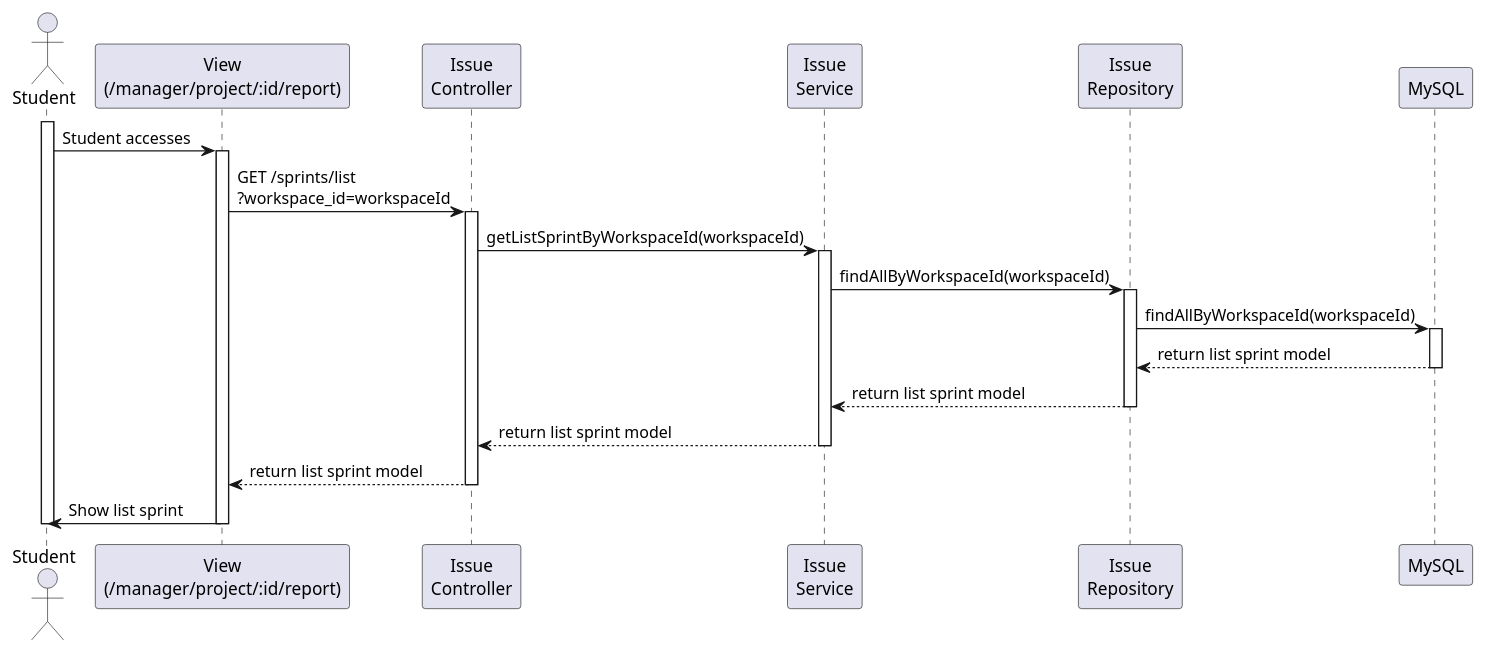
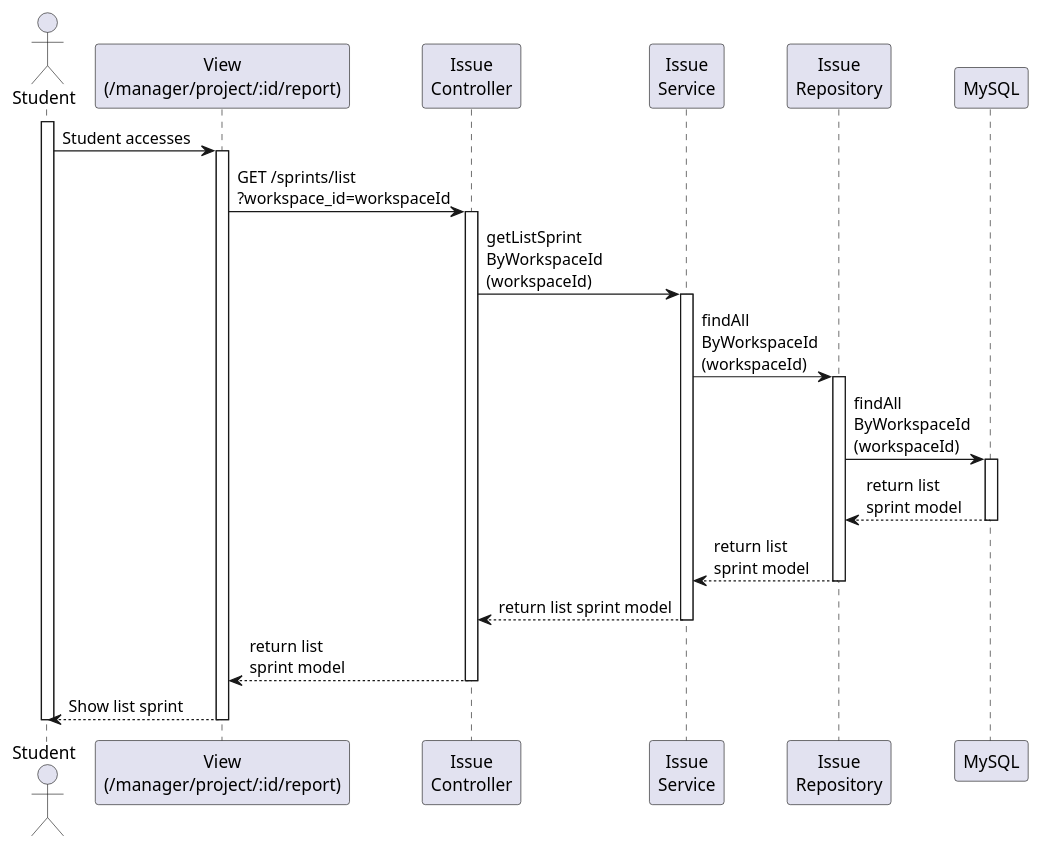
One commit to tandang2003/KLTN-Agile-Scrum-Tuan-Duc changed the diagram in swagger/sequence/student/sprint_get_list.puml. Above: the diagram before and after it, drawn with PlantUML. The commit also changed 29 other files, not shown here.

Commit message:
add sequence

```diff
--- a/swagger/sequence/student/sprint_get_list.puml
+++ b/swagger/sequence/student/sprint_get_list.puml
@@ -1,36 +1,36 @@
 @startuml
 actor "Student" as SV
 participant "View\n(/manager/project/:id/report)" as View
 participant "Issue\nController" as Controller
 participant "Issue\nService" as Service
 participant "Issue\nRepository" as Repo
 participant "MySQL" as MySQL
 
 activate SV
 SV -> View : Student accesses
 activate View
 
 View -> Controller : GET /sprints/list\n?workspace_id=workspaceId
 activate Controller
 
-Controller -> Service : getListSprintByWorkspaceId(workspaceId)
+Controller -> Service : getListSprint\nByWorkspaceId\n(workspaceId)
 activate Service
-Service -> Repo : findAllByWorkspaceId(workspaceId)
+Service -> Repo : findAll\nByWorkspaceId\n(workspaceId)
 activate Repo
-Repo -> MySQL : findAllByWorkspaceId(workspaceId)
+Repo -> MySQL : findAll\nByWorkspaceId\n(workspaceId)
 activate MySQL
-MySQL --> Repo : return list sprint model
+MySQL --> Repo : return list\nsprint model
 deactivate MySQL
-Repo --> Service : return list sprint model
+Repo --> Service : return list\nsprint model
 deactivate Repo
 
 Service --> Controller : return list sprint model
 deactivate Service
 
-Controller --> View : return list sprint model
+Controller --> View : return list\nsprint model
 deactivate Controller
 
-View -> SV : Show list sprint
+View --> SV : Show list sprint
 deactivate View
 deactivate SV
 @enduml
```
